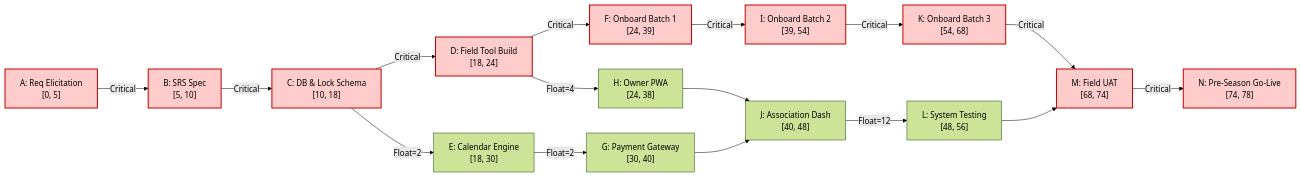
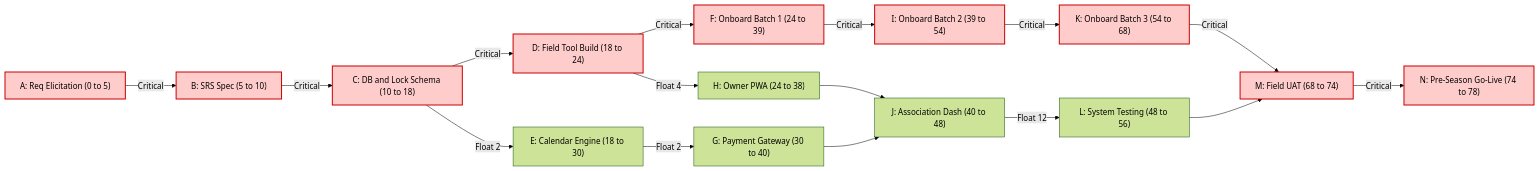
Before and after one commit to MSB-io/HomeStay: the second of 3 diagrams in docs/03_Project_Plan.md, drawn with Mermaid (forest theme). The commit also changed other lines of this file and 4 other files, not shown here.

Commit message:
Fix(mermaid): resolve GitHub rendering error 'Cannot read properties of undefined (reading type)' in Gantt and network diagrams

````diff
--- a/docs/03_Project_Plan.md
+++ b/docs/03_Project_Plan.md
@@ -91,34 +91,34 @@
 ```mermaid
 graph LR
-    A["A: Req Elicitation<br/>[0, 5]"] -->|Critical| B["B: SRS Spec<br/>[5, 10]"]
-    B -->|Critical| C["C: DB & Lock Schema<br/>[10, 18]"]
+    A["A: Req Elicitation (0 to 5)"] -->|Critical| B["B: SRS Spec (5 to 10)"]
+    B -->|Critical| C["C: DB and Lock Schema (10 to 18)"]
     
-    C -->|Critical| D["D: Field Tool Build<br/>[18, 24]"]
-    C -->|Float=2| E["E: Calendar Engine<br/>[18, 30]"]
+    C -->|Critical| D["D: Field Tool Build (18 to 24)"]
+    C -->|Float 2| E["E: Calendar Engine (18 to 30)"]
     
-    D -->|Critical| F["F: Onboard Batch 1<br/>[24, 39]"]
-    D -->|Float=4| H["H: Owner PWA<br/>[24, 38]"]
-    E -->|Float=2| G["G: Payment Gateway<br/>[30, 40]"]
+    D -->|Critical| F["F: Onboard Batch 1 (24 to 39)"]
+    D -->|Float 4| H["H: Owner PWA (24 to 38)"]
+    E -->|Float 2| G["G: Payment Gateway (30 to 40)"]
     
-    F -->|Critical| I["I: Onboard Batch 2<br/>[39, 54]"]
-    G --> J["J: Association Dash<br/>[40, 48]"]
+    F -->|Critical| I["I: Onboard Batch 2 (39 to 54)"]
+    G --> J["J: Association Dash (40 to 48)"]
     H --> J
     
-    I -->|Critical| K["K: Onboard Batch 3<br/>[54, 68]"]
-    J -->|Float=12| L["L: System Testing<br/>[48, 56]"]
+    I -->|Critical| K["K: Onboard Batch 3 (54 to 68)"]
+    J -->|Float 12| L["L: System Testing (48 to 56)"]
     
-    K -->|Critical| M["M: Field UAT<br/>[68, 74]"]
+    K -->|Critical| M["M: Field UAT (68 to 74)"]
     L --> M
     
-    M -->|Critical| N["N: Pre-Season Go-Live<br/>[74, 78]"]
+    M -->|Critical| N["N: Pre-Season Go-Live (74 to 78)"]
 
     style A fill:#ffcccc,stroke:#cc0000,stroke-width:2px
     style B fill:#ffcccc,stroke:#cc0000,stroke-width:2px
     style C fill:#ffcccc,stroke:#cc0000,stroke-width:2px
     style D fill:#ffcccc,stroke:#cc0000,stroke-width:2px
     style F fill:#ffcccc,stroke:#cc0000,stroke-width:2px
     style I fill:#ffcccc,stroke:#cc0000,stroke-width:2px
     style K fill:#ffcccc,stroke:#cc0000,stroke-width:2px
     style M fill:#ffcccc,stroke:#cc0000,stroke-width:2px
     style N fill:#ffcccc,stroke:#cc0000,stroke-width:2px
 ```
````
